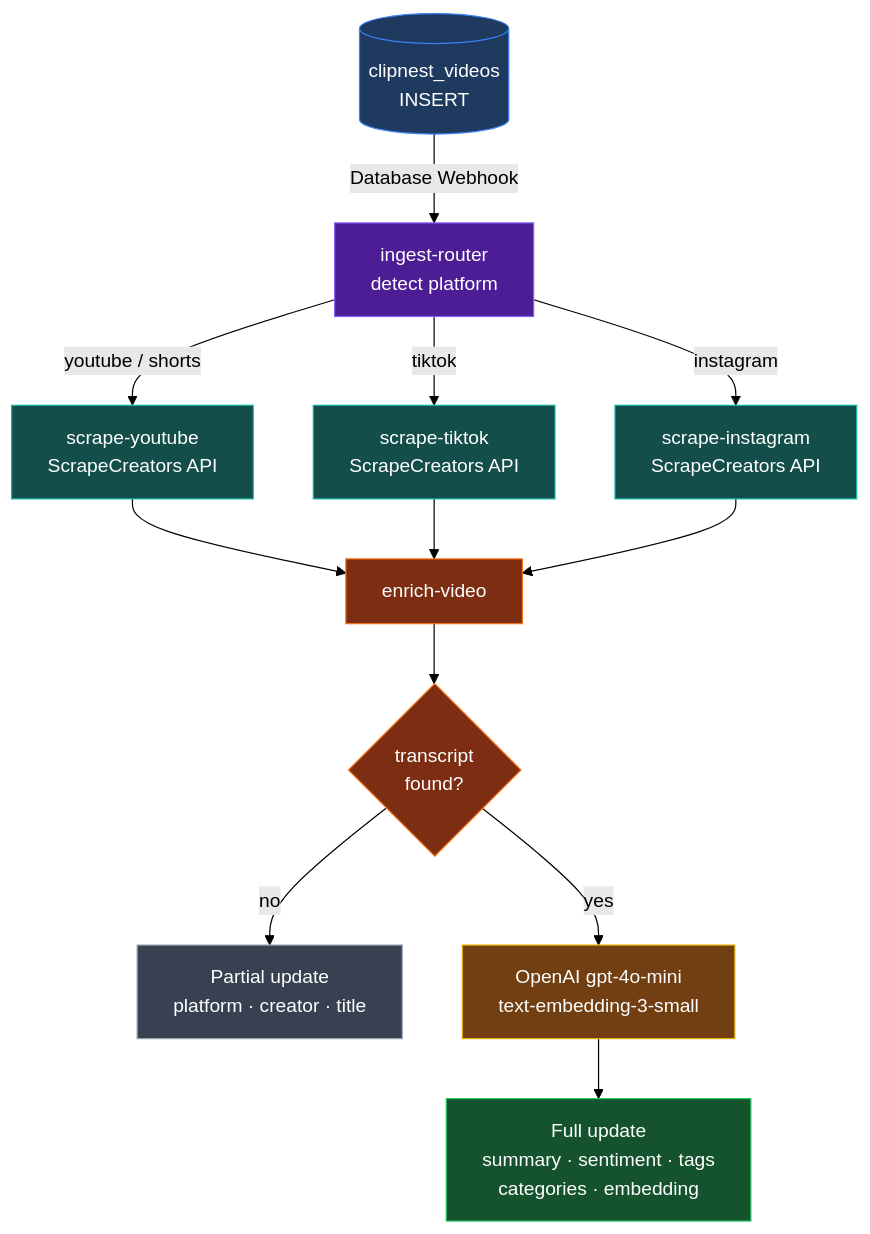
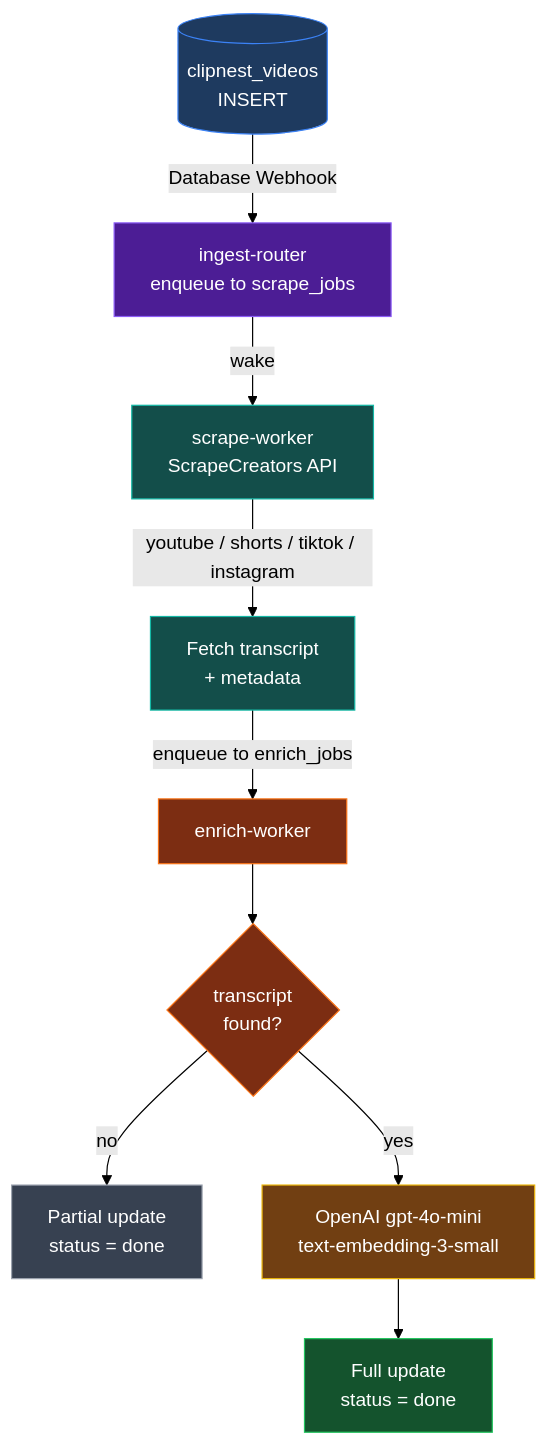
One commit to akulo/ClipNest-Ingestion changed the diagram in README.md. Above: the diagram before and after it, drawn with Mermaid (forest theme). The commit also changed other lines of this file and 15 other files, not shown here.

First line of the commit message:
Refactor to PGMQ-backed worker architecture

````diff
--- a/README.md
+++ b/README.md
@@ -7,34 +7,30 @@
 ```mermaid
 flowchart TD
     DB[("clipnest_videos<br/>INSERT")]
-    DB -->|Database Webhook| IR["ingest-router<br/>detect platform"]
+    DB -->|Database Webhook| IR["ingest-router<br/>enqueue to scrape_jobs"]
+    IR -->|wake| SW["scrape-worker<br/>ScrapeCreators API"]
 
-    IR -->|youtube / shorts| SY["scrape-youtube<br/>ScrapeCreators API"]
-    IR -->|tiktok| ST["scrape-tiktok<br/>ScrapeCreators API"]
-    IR -->|instagram| SI["scrape-instagram<br/>ScrapeCreators API"]
+    SW -->|youtube / shorts / tiktok / instagram| SC["Fetch transcript<br/>+ metadata"]
+    SC -->|enqueue to enrich_jobs| EW["enrich-worker"]
 
-    SY --> EV[enrich-video]
-    ST --> EV
-    SI --> EV
-
-    EV --> Q{"transcript<br/>found?"}
-    Q -->|no| PU["Partial update<br/>platform · creator · title"]
+    EW --> Q{"transcript<br/>found?"}
+    Q -->|no| PU["Partial update<br/>status = done"]
     Q -->|yes| OAI["OpenAI gpt-4o-mini<br/>text-embedding-3-small"]
-    OAI --> FU["Full update<br/>summary · sentiment · tags<br/>categories · embedding"]
+    OAI --> FU["Full update<br/>status = done"]
 
     classDef db        fill:#1e3a5f,stroke:#3b82f6,color:#fff
     classDef router    fill:#4c1d95,stroke:#8b5cf6,color:#fff
-    classDef scraper   fill:#134e4a,stroke:#14b8a6,color:#fff
+    classDef worker    fill:#134e4a,stroke:#14b8a6,color:#fff
     classDef enricher  fill:#7c2d12,stroke:#f97316,color:#fff
     classDef ai        fill:#713f12,stroke:#eab308,color:#fff
     classDef partial   fill:#374151,stroke:#9ca3af,color:#fff
     classDef full      fill:#14532d,stroke:#22c55e,color:#fff
 
     class DB db
     class IR router
-    class SY,ST,SI scraper
-    class EV,Q enricher
+    class SW,SC worker
+    class EW,Q enricher
     class OAI ai
     class PU partial
     class FU full
 ```
````
